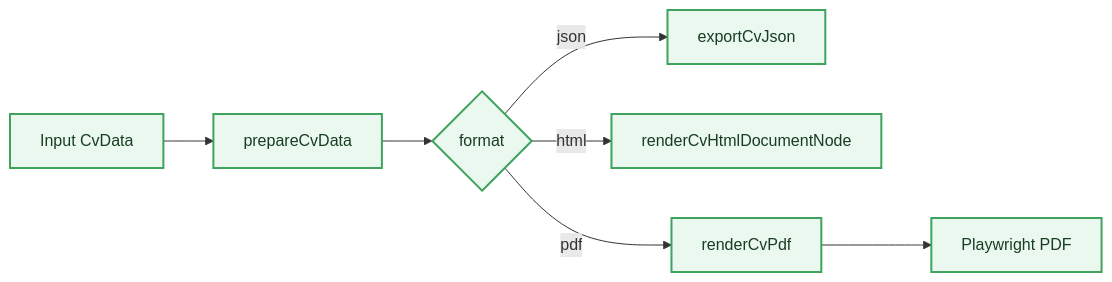
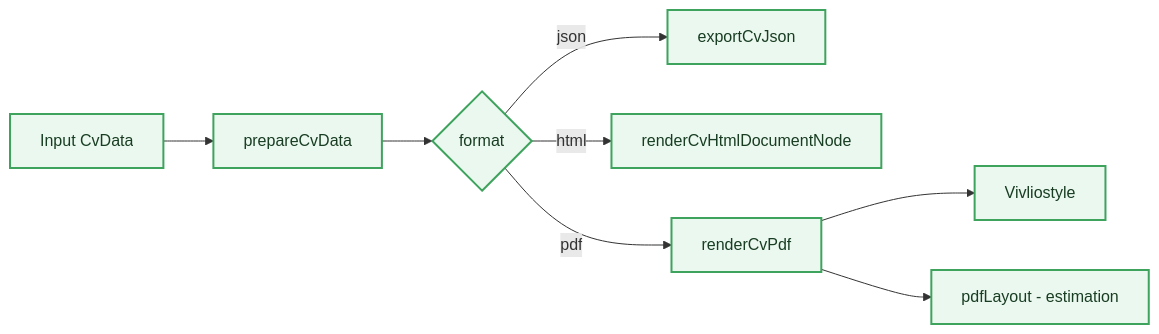
One commit to ClementV78/cv-generator-mcp changed the sixth of 8 diagrams in APPLICATION_ARCHITECTURE_CV_GENERATOR.md. Above: the diagram before and after it, drawn with Mermaid. The commit also changed other lines of this file and 20 other files, not shown here.

Commit message:
Switch PDF backend to Vivliostyle and refresh docs

````diff
--- a/APPLICATION_ARCHITECTURE_CV_GENERATOR.md
+++ b/APPLICATION_ARCHITECTURE_CV_GENERATOR.md
@@ -430,12 +451,13 @@
 ```mermaid
 flowchart LR
     A[Input CvData] --> B[prepareCvData]
     B --> C{format}
     C -->|json| D[exportCvJson]
     C -->|html| E[renderCvHtmlDocumentNode]
     C -->|pdf| F[renderCvPdf]
-    F --> G[Playwright PDF]
+    F --> G[Vivliostyle]
+    F --> H[pdfLayout - estimation]
 
     classDef flow fill:#EBF8EF,stroke:#3DA35D,color:#183D22,stroke-width:2px;
-    class A,B,C,D,E,F,G flow;
+    class A,B,C,D,E,F,G,H flow;
 ```
````
